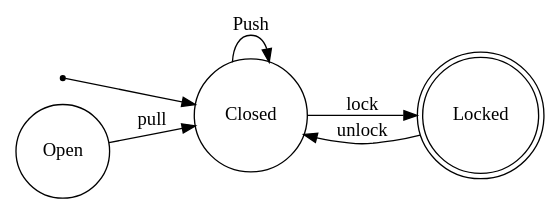
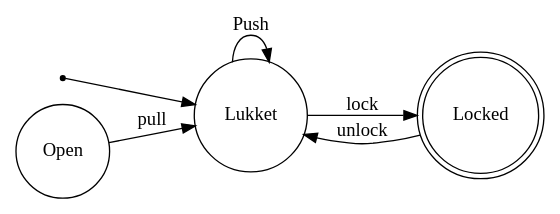
The diagram in graph.gv (P4-Group2-Compiler/P4-State-Lang), drawn with Graphviz before and after one commit. The commit also changed 4 other files, not shown here.

Commit message:
Minor changes: updated run.bat and added ../ to the c_file path in codegen.ml (Also finally installed Graphviz extension lol)

```diff
--- a/graph.gv
+++ b/graph.gv
@@ -1,11 +1,11 @@
 digraph Door {
  rankdir = LR;
  node [shape = circle;];
  null [shape = point;];
-null -> Closed;
-Closed -> Closed [label="Push"];
-Closed -> Locked [label="lock"];
-Open -> Closed [label="pull"];
-Locked -> Closed [label="unlock"];
+null -> Lukket;
+Lukket -> Lukket [label="Push"];
+Lukket -> Locked [label="lock"];
+Open -> Lukket [label="pull"];
+Locked -> Lukket [label="unlock"];
 Locked [shape = doublecircle;];
 }
```
